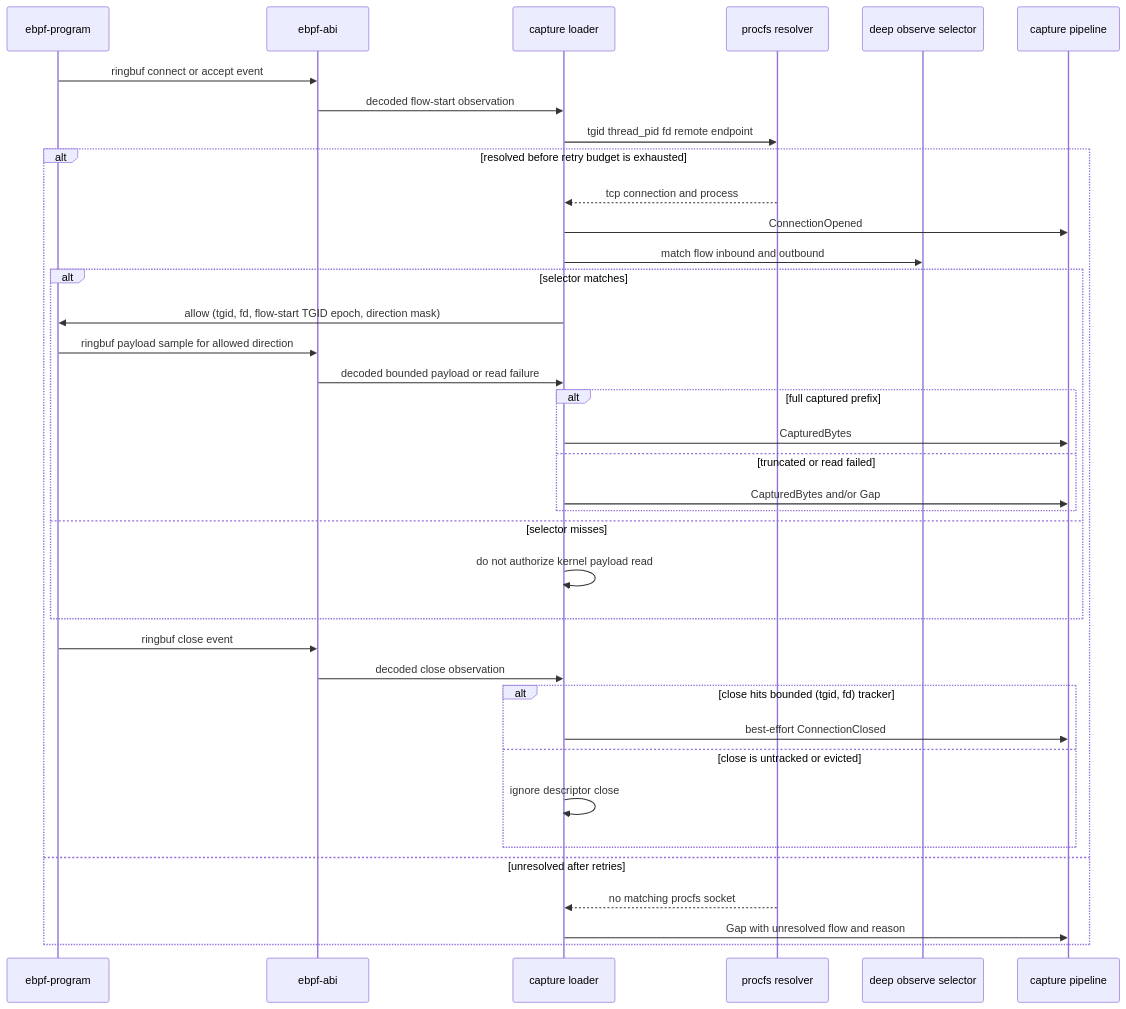
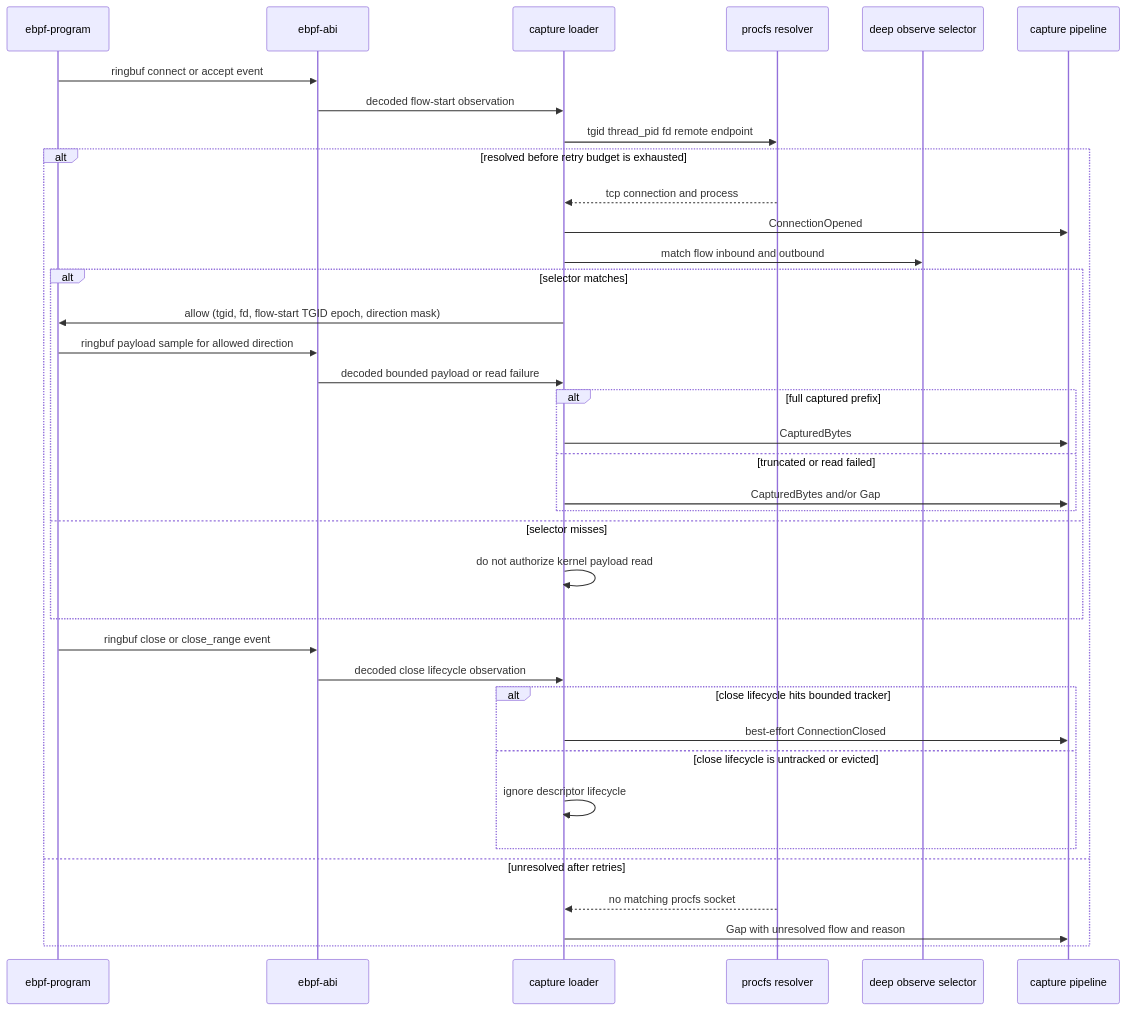
One commit to M4n5ter/probe changed the third of 7 diagrams in docs/design.md. Above: the diagram before and after it, drawn with Mermaid. The commit also changed other lines of this file and 15 other files, not shown here.

Commit message:
Track plain close_range lifecycle in eBPF

````diff
--- a/docs/design.md
+++ b/docs/design.md
@@ -304,40 +304,40 @@
 ```mermaid
 sequenceDiagram
     participant Program as ebpf-program
     participant Abi as ebpf-abi
     participant Loader as capture loader
     participant Resolver as procfs resolver
     participant Selector as deep observe selector
     participant Pipeline as capture pipeline
 
     Program->>Abi: ringbuf connect or accept event
     Abi->>Loader: decoded flow-start observation
     Loader->>Resolver: tgid thread_pid fd remote endpoint
     alt resolved before retry budget is exhausted
         Resolver-->>Loader: tcp connection and process
         Loader->>Pipeline: ConnectionOpened
         Loader->>Selector: match flow inbound and outbound
         alt selector matches
             Loader->>Program: allow (tgid, fd, flow-start TGID epoch, direction mask)
             Program->>Abi: ringbuf payload sample for allowed direction
             Abi->>Loader: decoded bounded payload or read failure
             alt full captured prefix
                 Loader->>Pipeline: CapturedBytes
             else truncated or read failed
                 Loader->>Pipeline: CapturedBytes and/or Gap
             end
         else selector misses
             Loader->>Loader: do not authorize kernel payload read
         end
-        Program->>Abi: ringbuf close event
-        Abi->>Loader: decoded close observation
-        alt close hits bounded (tgid, fd) tracker
+        Program->>Abi: ringbuf close or close_range event
+        Abi->>Loader: decoded close lifecycle observation
+        alt close lifecycle hits bounded tracker
             Loader->>Pipeline: best-effort ConnectionClosed
-        else close is untracked or evicted
-            Loader->>Loader: ignore descriptor close
+        else close lifecycle is untracked or evicted
+            Loader->>Loader: ignore descriptor lifecycle
         end
     else unresolved after retries
         Resolver-->>Loader: no matching procfs socket
         Loader->>Pipeline: Gap with unresolved flow and reason
     end
 ```
````
